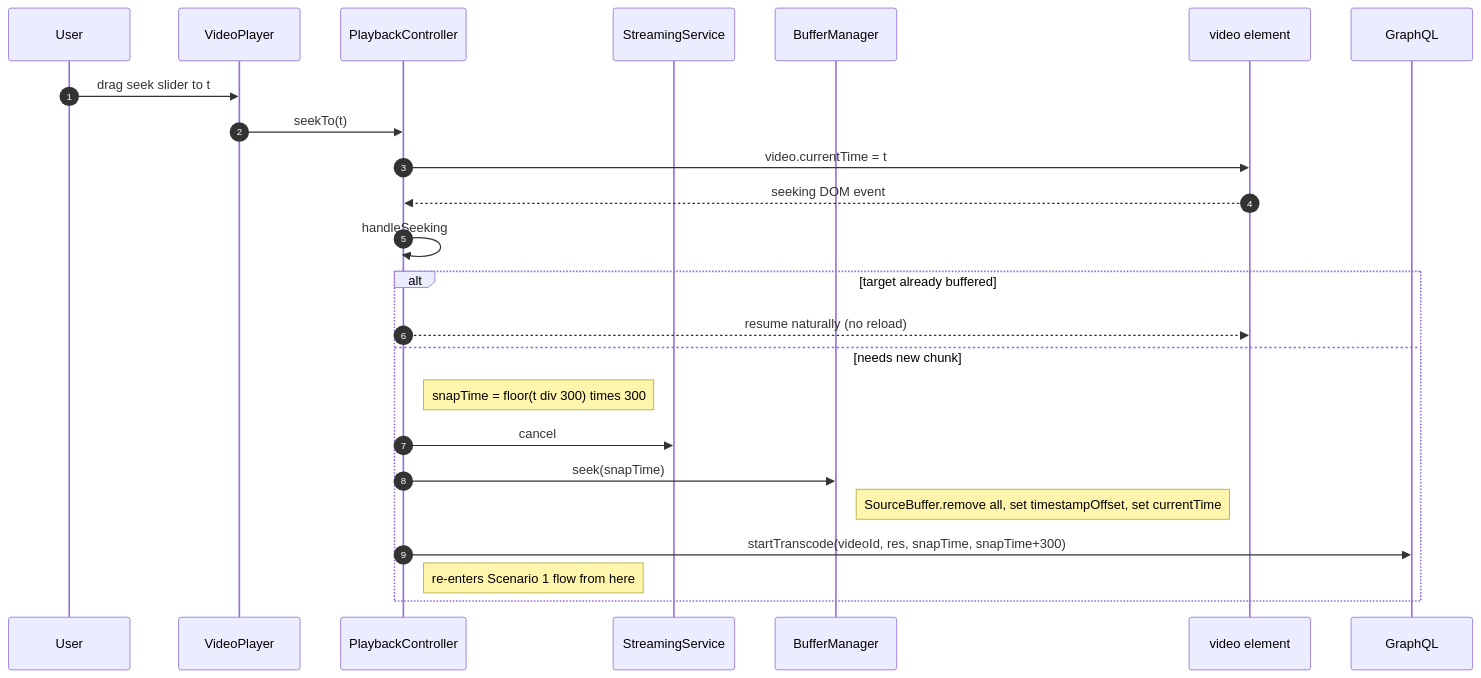
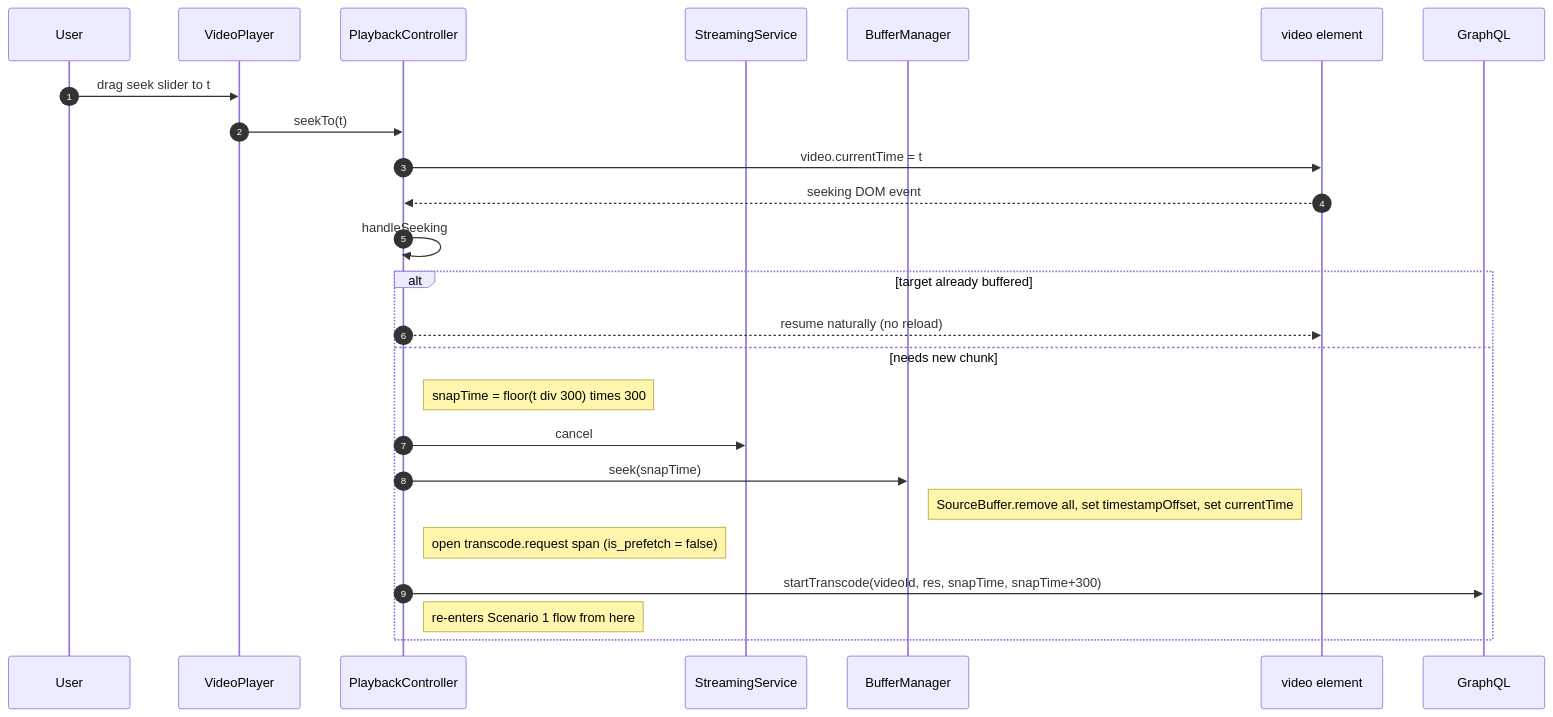
One commit to ngareleo/xstream changed the diagram in docs/diagrams/streaming-03-seek.mmd. Above: the diagram before and after it, drawn with Mermaid. The commit also changed 12 other files, not shown here.

First line of the commit message:
feat(telemetry): add buffer.halt + transcode.request spans

```diff
--- a/docs/diagrams/streaming-03-seek.mmd
+++ b/docs/diagrams/streaming-03-seek.mmd
@@ -1,29 +1,30 @@
 %% xstream streaming - Scenario 3: Seek
 %% User drags the seek slider. If the target time is already buffered, play resumes.
 %% Otherwise the controller snaps to the 5-minute chunk boundary and restarts streaming.
 sequenceDiagram
     autonumber
     participant U as User
     participant VP as VideoPlayer
     participant PC as PlaybackController
     participant SS as StreamingService
     participant BM as BufferManager
     participant V as video element
     participant GQL as GraphQL
 
     U->>VP: drag seek slider to t
     VP->>PC: seekTo(t)
     PC->>V: video.currentTime = t
     V-->>PC: seeking DOM event
     PC->>PC: handleSeeking
 
     alt target already buffered
         PC-->>V: resume naturally (no reload)
     else needs new chunk
         Note right of PC: snapTime = floor(t div 300) times 300
         PC->>SS: cancel
         PC->>BM: seek(snapTime)
         Note right of BM: SourceBuffer.remove all, set timestampOffset, set currentTime
+        Note right of PC: open transcode.request span (is_prefetch = false)
         PC->>GQL: startTranscode(videoId, res, snapTime, snapTime+300)
         Note right of PC: re-enters Scenario 1 flow from here
     end
```
